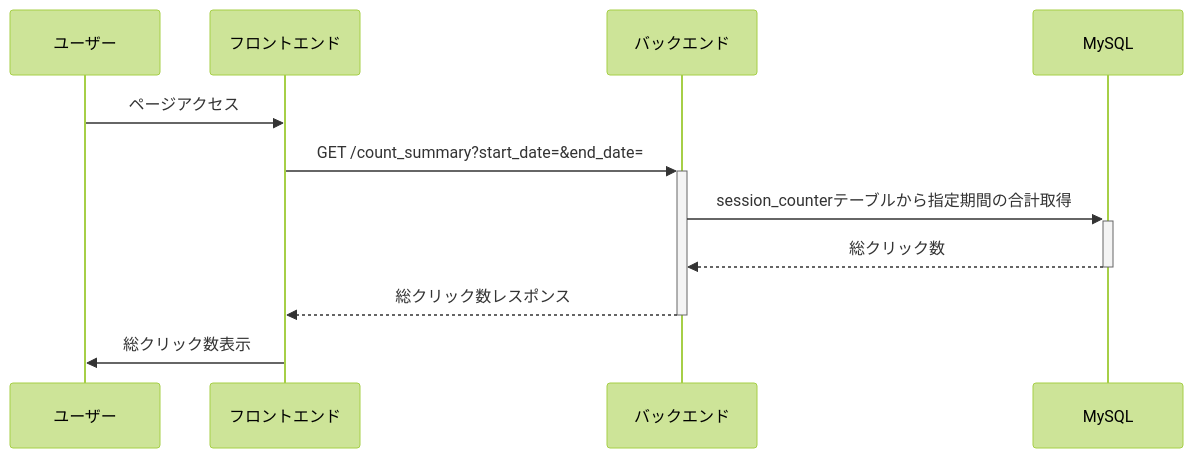
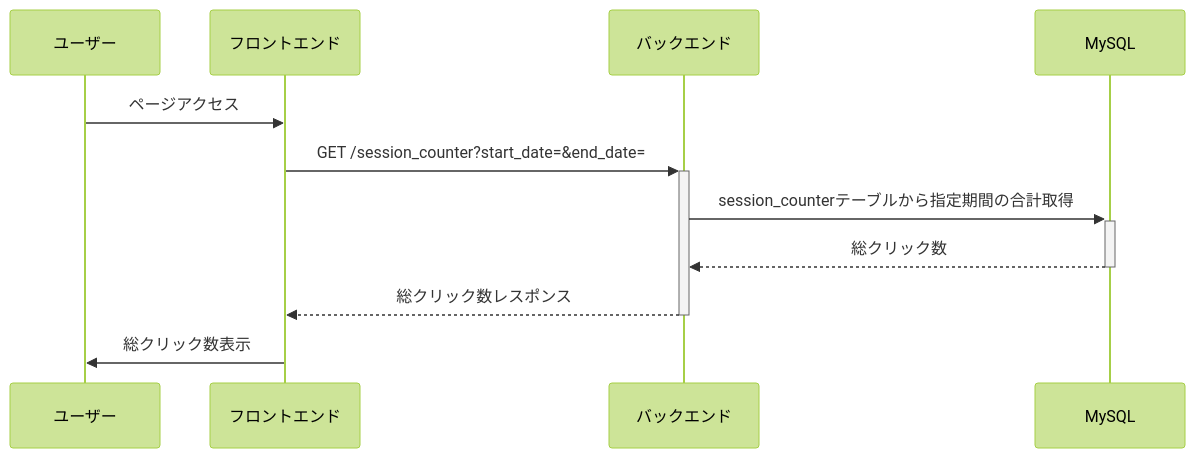
Before and after one commit to playpark-llc/kazoeru-kun: the second of 5 diagrams in README.md, drawn with Mermaid (forest theme). The commit also changed other lines of this file and 3 other files, not shown here.

First line of the commit message:
Fixes #75: Remove deprecated GET /count_summary endpoint

````diff
--- a/README.md
+++ b/README.md
@@ -124,14 +120,14 @@
 ```mermaid
 sequenceDiagram
     participant User as ユーザー
     participant Frontend as フロントエンド
     participant Backend as バックエンド
     participant MySQL as MySQL
 
     User->>Frontend: ページアクセス
-    Frontend->>+Backend: GET /count_summary?start_date=&end_date=
+    Frontend->>+Backend: GET /session_counter?start_date=&end_date=
     Backend->>+MySQL: session_counterテーブルから指定期間の合計取得
     MySQL-->>-Backend: 総クリック数
     Backend-->>-Frontend: 総クリック数レスポンス
     Frontend->>User: 総クリック数表示
 ```
````
